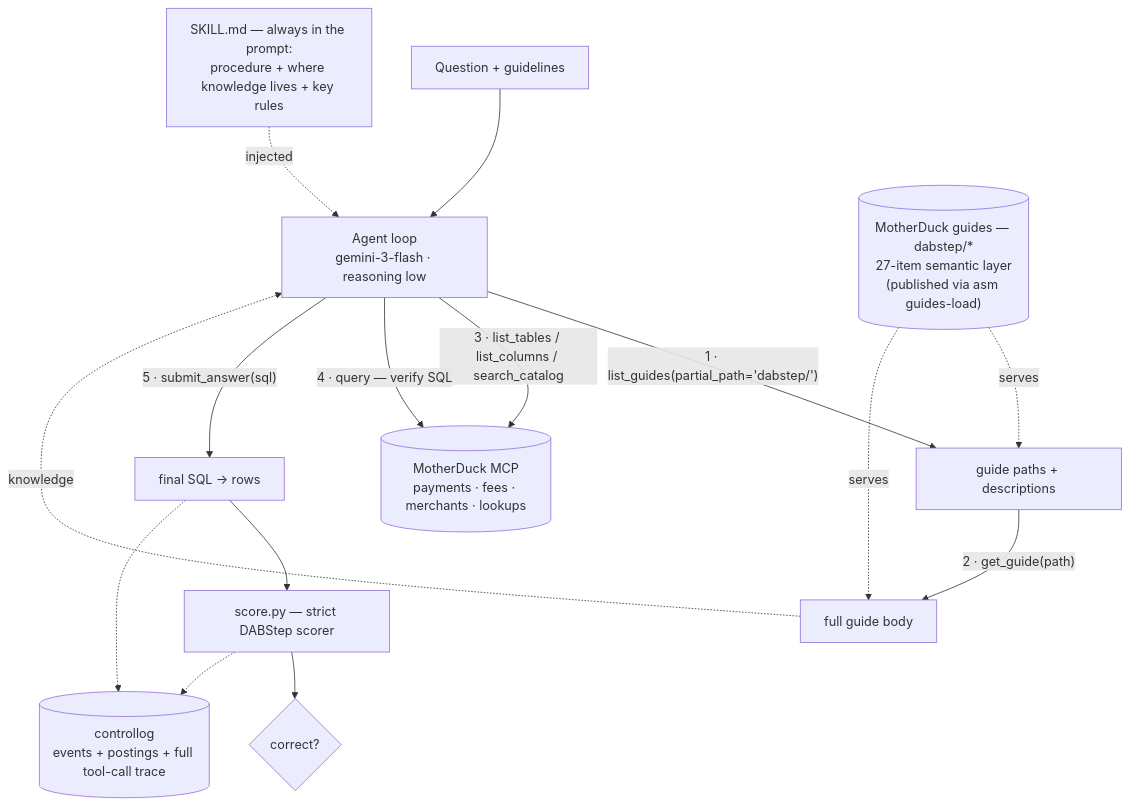
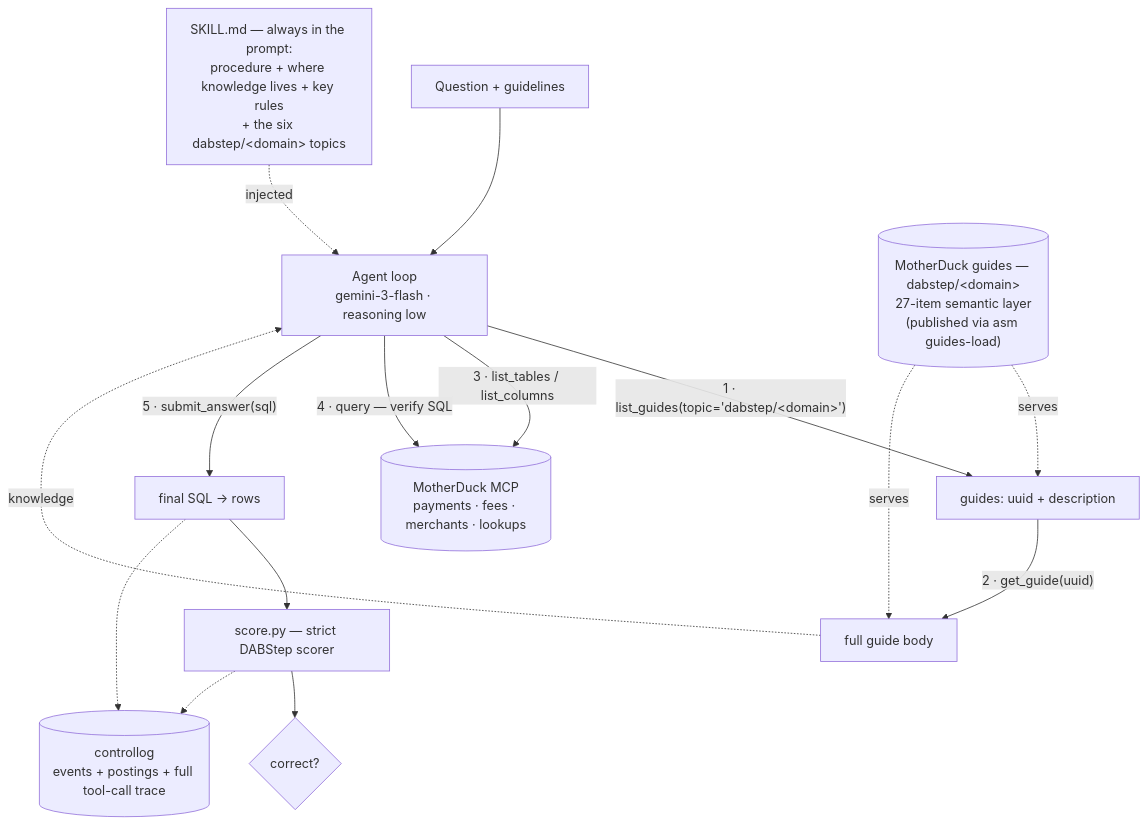
The first of 2 diagrams in projects/agentic-sql-context-mcp/docs/how-it-works.md (motherduckdb/labs), drawn with Mermaid before and after one commit. The commit also changed other lines of this file and 7 other files, not shown here.

````diff
--- a/projects/agentic-sql-context-mcp/docs/how-it-works.md
+++ b/projects/agentic-sql-context-mcp/docs/how-it-works.md
@@ -14,19 +15,19 @@
 ```mermaid
 flowchart TD
     Q["Question + guidelines"] --> AG
-    SKILL["SKILL.md — always in the prompt:<br/>procedure + where knowledge lives + key rules"] -.->|injected| AG
+    SKILL["SKILL.md — always in the prompt:<br/>procedure + where knowledge lives + key rules<br/>+ the six dabstep/&lt;domain&gt; topics"] -.->|injected| AG
     AG["Agent loop<br/>gemini-3-flash · reasoning low"]
 
-    AG -->|"1 · list_guides(partial_path='dabstep/')"| DOM["guide paths + descriptions"]
-    DOM -->|"2 · get_guide(path)"| BODY["full guide body"]
+    AG -->|"1 · list_guides(topic='dabstep/&lt;domain&gt;')"| DOM["guides: uuid + description"]
+    DOM -->|"2 · get_guide(uuid)"| BODY["full guide body"]
     BODY -.->|knowledge| AG
-    STORE[("MotherDuck guides — dabstep/*<br/>27-item semantic layer<br/>(published via asm guides-load)")] -.serves.-> DOM & BODY
+    STORE[("MotherDuck guides — dabstep/&lt;domain&gt;<br/>27-item semantic layer<br/>(published via asm guides-load)")] -.serves.-> DOM & BODY
 
-    AG -->|"3 · list_tables / list_columns / search_catalog"| MD[("MotherDuck MCP<br/>payments · fees · merchants · lookups")]
+    AG -->|"3 · list_tables / list_columns"| MD[("MotherDuck MCP<br/>payments · fees · merchants · lookups")]
     AG -->|"4 · query — verify SQL"| MD
     AG -->|"5 · submit_answer(sql)"| FINAL["final SQL → rows"]
     FINAL --> SCORE["score.py — strict DABStep scorer"]
     SCORE --> VERDICT{"correct?"}
     FINAL -.-> LOG[("controllog<br/>events + postings + full tool-call trace")]
     SCORE -.-> LOG
 ```
````
